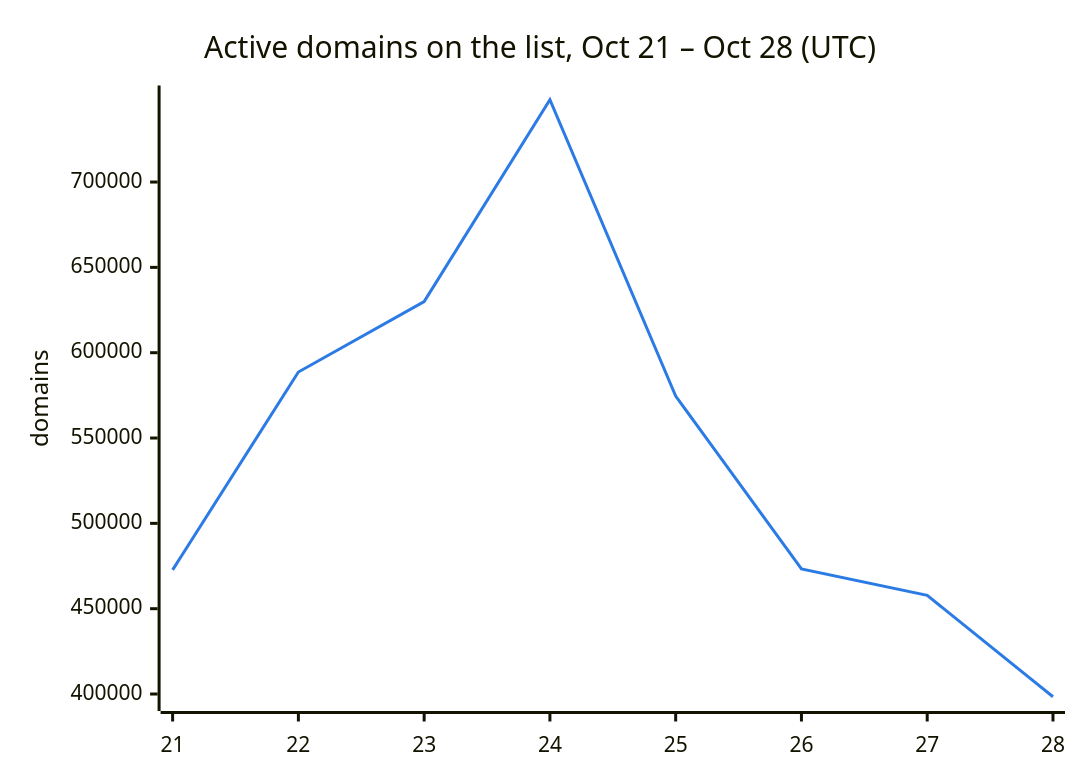
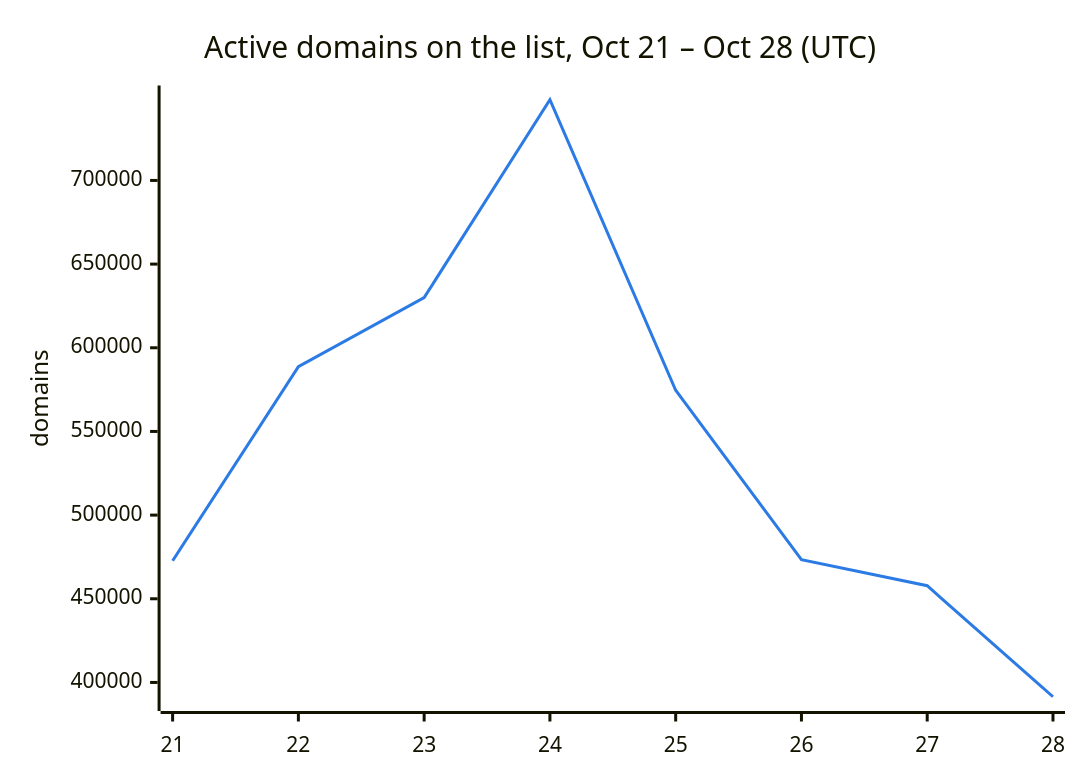
One commit to DNSBunker/CTI changed the second of 3 diagrams in README.md. Above: the diagram before and after it, drawn with Mermaid. The commit also changed other lines of this file and 3 other files, not shown here.

````diff
--- a/README.md
+++ b/README.md
@@ -38,8 +38,8 @@
 ```mermaid
 %%{init: {"themeVariables": {"xyChart": {"plotColorPalette": "#2c7be5"}}}}%%
 xychart-beta
     title "Active domains on the list, Oct 21 – Oct 28 (UTC)"
     x-axis ["21", "22", "23", "24", "25", "26", "27", "28"]
     y-axis "domains"
-    line [472713, 588659, 629951, 748222, 574614, 473331, 457795, 398399]
+    line [472713, 588659, 629951, 748222, 574614, 473331, 457795, 391449]
 ```
````
